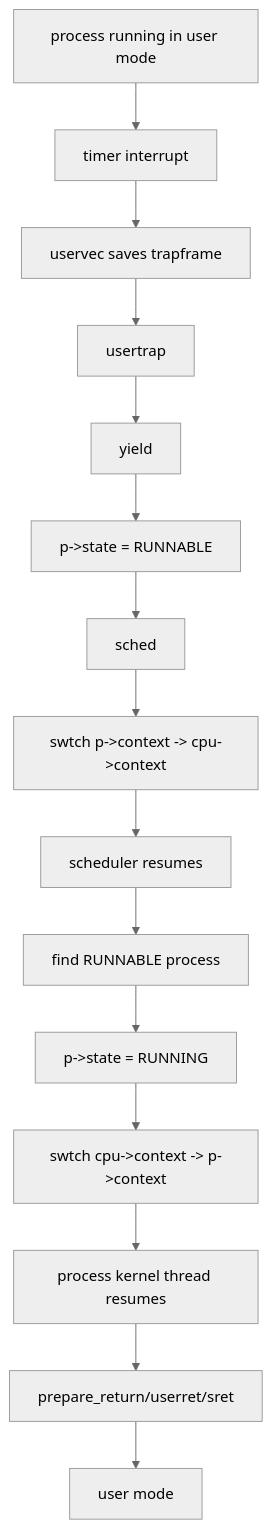
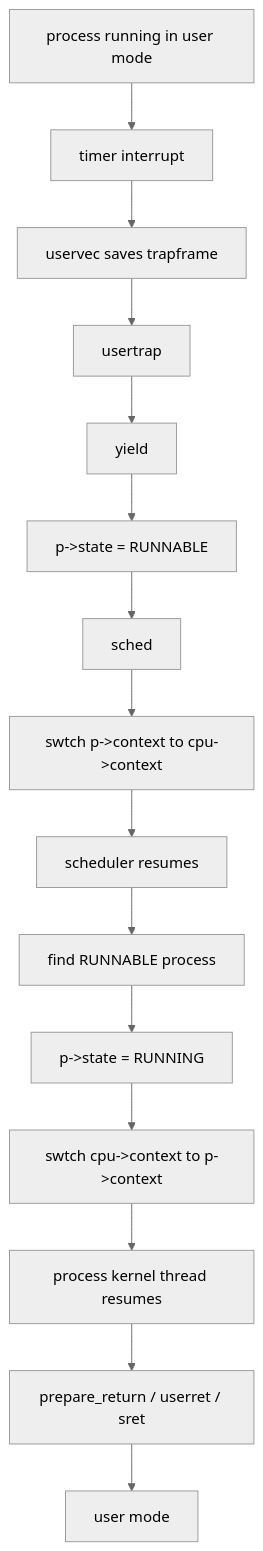
One commit to YangSiJun528/xv6-riscv-study changed the fourth of 5 diagrams in docs/ai/018_xv6_1-17_overview_20260527.md. Above: the diagram before and after it, drawn with Mermaid (neutral theme). The commit also changed other lines of this file, not shown here.

Commit message:
docs: fix xv6 overview mermaid labels

````diff
--- a/docs/ai/018_xv6_1-17_overview_20260527.md
+++ b/docs/ai/018_xv6_1-17_overview_20260527.md
@@ -363,17 +374,17 @@
 ```mermaid
 flowchart TD
-  A[process running in user mode] --> B[timer interrupt]
-  B --> C[uservec saves trapframe]
-  C --> D[usertrap]
-  D --> E[yield]
-  E --> F[p->state = RUNNABLE]
-  F --> G[sched]
-  G --> H[swtch p->context -> cpu->context]
-  H --> I[scheduler resumes]
-  I --> J[find RUNNABLE process]
-  J --> K[p->state = RUNNING]
-  K --> L[swtch cpu->context -> p->context]
-  L --> M[process kernel thread resumes]
-  M --> N[prepare_return/userret/sret]
-  N --> O[user mode]
+  A["process running in user mode"] --> B["timer interrupt"]
+  B --> C["uservec saves trapframe"]
+  C --> D["usertrap"]
+  D --> E["yield"]
+  E --> F["p->state = RUNNABLE"]
+  F --> G["sched"]
+  G --> H["swtch p->context to cpu->context"]
+  H --> I["scheduler resumes"]
+  I --> J["find RUNNABLE process"]
+  J --> K["p->state = RUNNING"]
+  K --> L["swtch cpu->context to p->context"]
+  L --> M["process kernel thread resumes"]
+  M --> N["prepare_return / userret / sret"]
+  N --> O["user mode"]
 ```
````
